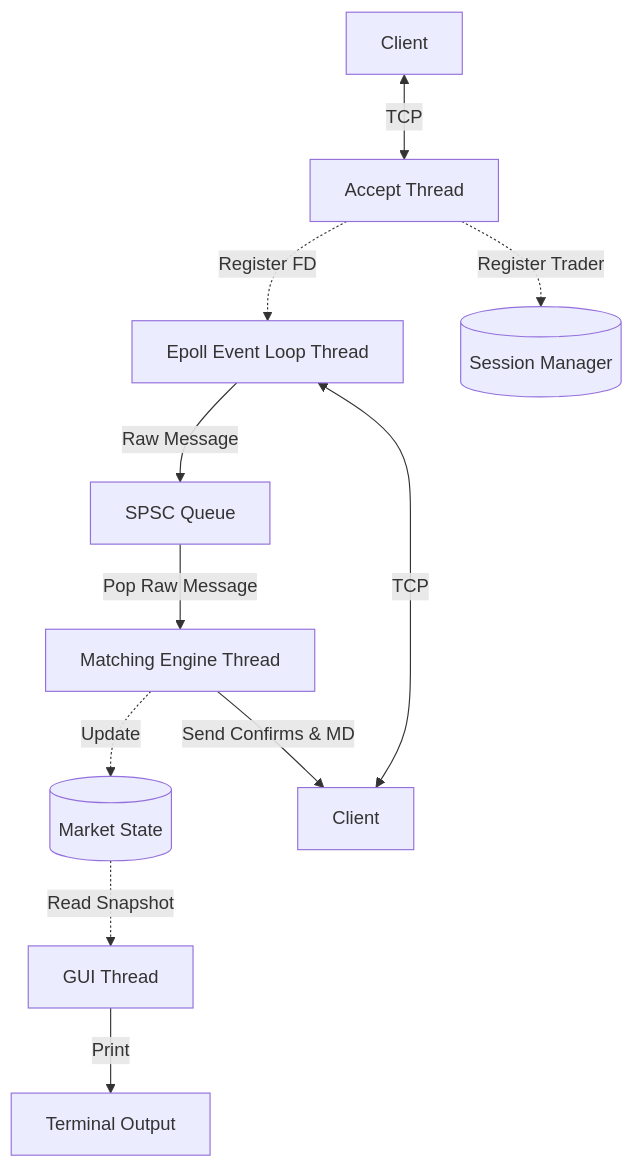
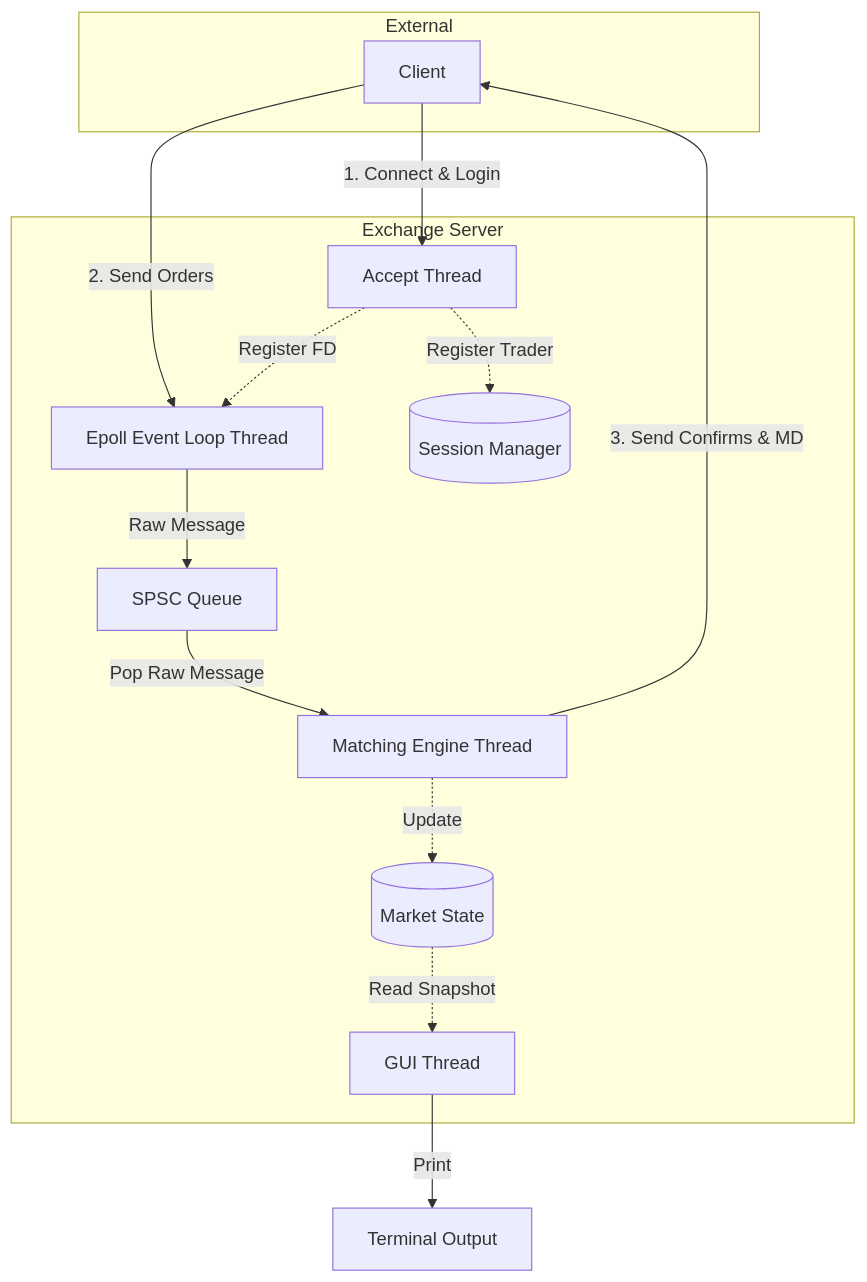
Before and after one commit to devanshu1608/Exchnage_Simulator: the diagram in README.md, drawn with Mermaid.

````diff
--- a/README.md
+++ b/README.md
@@ -9,18 +9,32 @@
 ```mermaid
 flowchart TD
-    Client1[Client] <-->|TCP| Accept[Accept Thread]
-    Client2[Client] <-->|TCP| Epoll[Epoll Event Loop Thread]
+    subgraph External
+        Trader[Client]
+    end
+
+    subgraph Server [Exchange Server]
+        Accept[Accept Thread]
+        Epoll[Epoll Event Loop Thread]
+        SessionManager[(Session Manager)]
+        SPSC[SPSC Queue]
+        Matching[Matching Engine Thread]
+        MarketState[(Market State)]
+        GUI[GUI Thread]
+    end
+
+    Trader -->|1. Connect & Login| Accept
+    Trader -->|2. Send Orders| Epoll
     
     Accept -.->|Register FD| Epoll
-    Accept -.->|Register Trader| SessionManager[(Session Manager)]
+    Accept -.->|Register Trader| SessionManager
     
-    Epoll -->|Raw Message| SPSC[SPSC Queue]
+    Epoll -->|Raw Message| SPSC
     
-    SPSC -->|Pop Raw Message| Matching[Matching Engine Thread]
+    SPSC -->|Pop Raw Message| Matching
     
-    Matching -.->|Update| MarketState[(Market State)]
-    Matching -->|Send Confirms & MD| Client2
+    Matching -.->|Update| MarketState
+    Matching -->|3. Send Confirms & MD| Trader
     
-    MarketState -.->|Read Snapshot| GUI[GUI Thread]
+    MarketState -.->|Read Snapshot| GUI
     GUI -->|Print| Terminal[Terminal Output]
 ```
````
